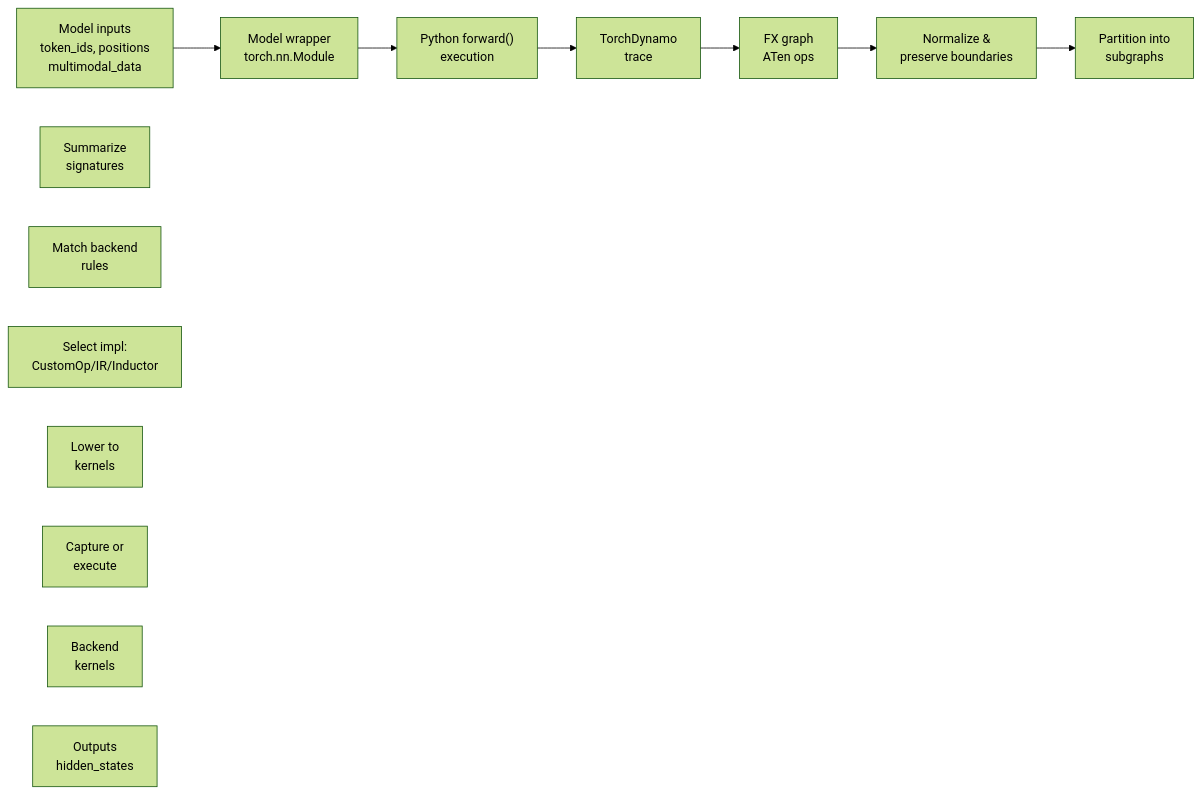
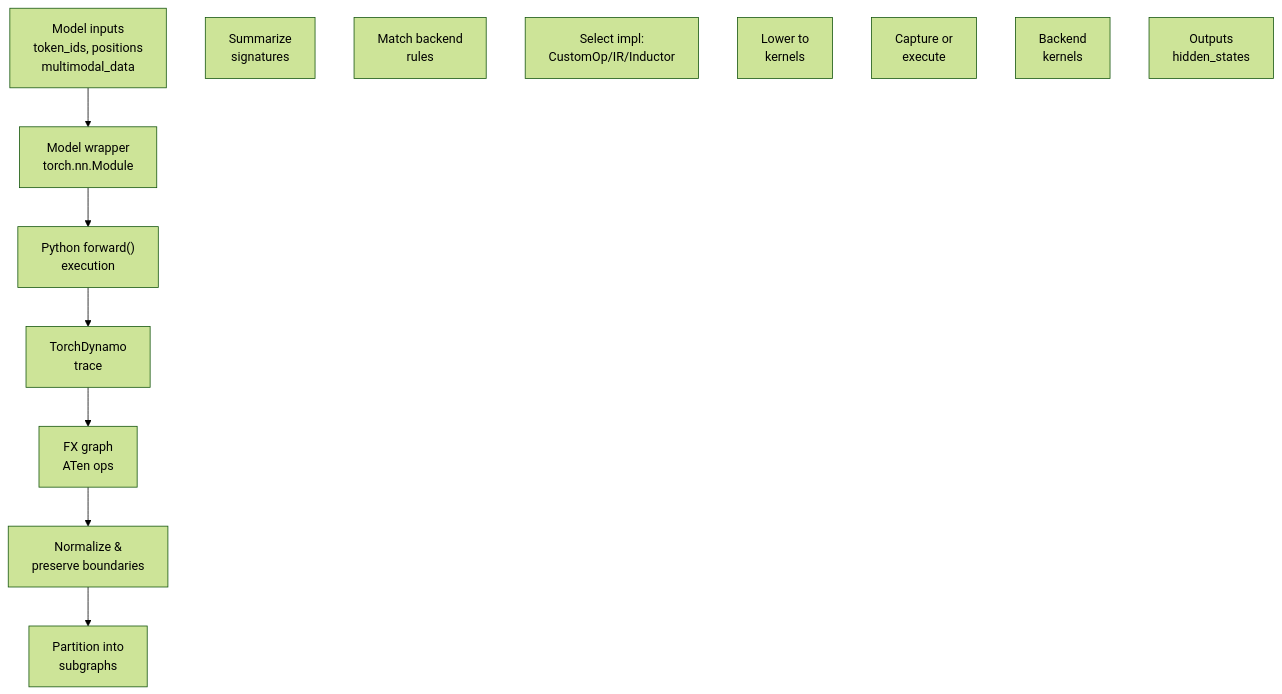
Before and after one commit to yankli/c-ebook: the third of 4 diagrams in 09_other/readme.md, drawn with Mermaid (forest theme). The commit also changed other lines of this file, not shown here.

````diff
--- a/09_other/readme.md
+++ b/09_other/readme.md
@@ -91,27 +91,27 @@
 ```mermaid
-flowchart LR
+flowchart TD
     A["Model inputs<br/>token_ids, positions<br/>multimodal_data"] 
     B["Model wrapper<br/>torch.nn.Module"]
     C["Python forward()<br/>execution"]
     D["TorchDynamo<br/>trace"]
     E["FX graph<br/>ATen ops"]
     F["Normalize &<br/>preserve boundaries"]
     G["Partition into<br/>subgraphs"]
     H["Summarize<br/>signatures"]
     I["Match backend<br/>rules"]
     J["Select impl:<br/>CustomOp/IR/Inductor"]
     K["Lower to<br/>kernels"]
     L["Capture or<br/>execute"]
     M["Backend<br/>kernels"]
     N["Outputs<br/>hidden_states"]
 
     A --> B
     B --> C
     C --> D
     D --> E
     E --> F
     F --> G
   
 
 
 ```
````
